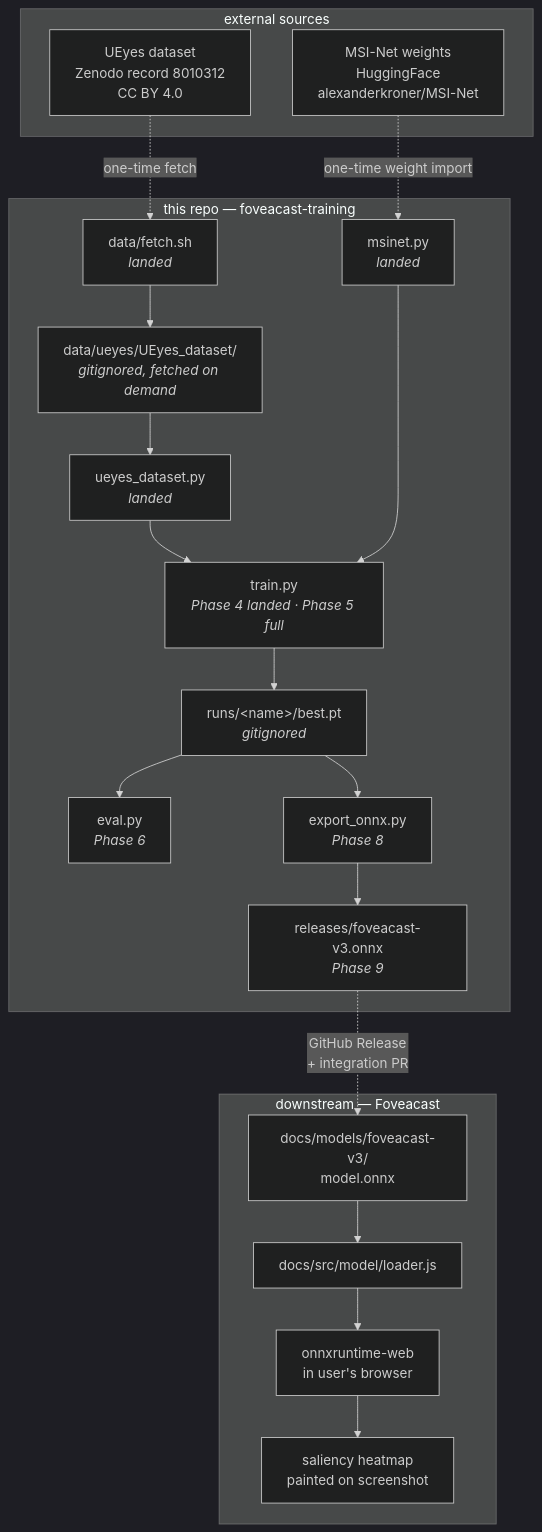
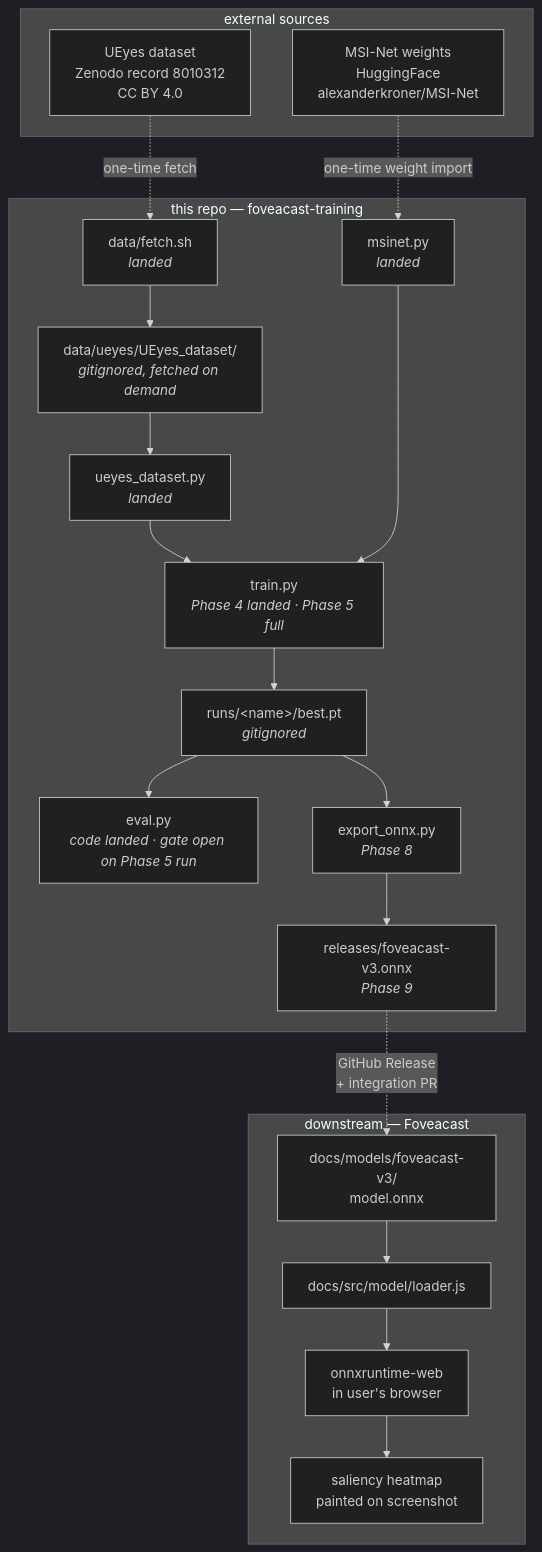
The diagram in ARCHITECTURE.md (khawkins98/foveacast-training), drawn with Mermaid (dark theme) before and after one commit. The commit also changed other lines of this file and 2 other files, not shown here.

````diff
--- a/ARCHITECTURE.md
+++ b/ARCHITECTURE.md
@@ -25,41 +25,41 @@
 ```mermaid
 flowchart TD
     subgraph external["external sources"]
         UEYES["UEyes dataset<br/>Zenodo record 8010312<br/>CC BY 4.0"]
         MSINET["MSI-Net weights<br/>HuggingFace<br/>alexanderkroner/MSI-Net"]
     end
 
     subgraph this_repo["this repo — foveacast-training"]
         FETCH["data/fetch.sh<br/><i>landed</i>"]
         DATA["data/ueyes/UEyes_dataset/<br/><i>gitignored, fetched on demand</i>"]
         LOADER["ueyes_dataset.py<br/><i>landed</i>"]
         MODEL["msinet.py<br/><i>landed</i>"]
         TRAIN["train.py<br/><i>Phase 4 landed · Phase 5 full</i>"]
         CKPT["runs/&lt;name&gt;/best.pt<br/><i>gitignored</i>"]
-        EVAL["eval.py<br/><i>Phase 6</i>"]
+        EVAL["eval.py<br/><i>code landed · gate open on Phase 5 run</i>"]
         EXPORT["export_onnx.py<br/><i>Phase 8</i>"]
         ARTEFACT["releases/foveacast-v3.onnx<br/><i>Phase 9</i>"]
     end
 
     subgraph foveacast["downstream — Foveacast"]
         ONNX_CONSUMED["docs/models/foveacast-v3/<br/>model.onnx"]
         LOADER_JS["docs/src/model/loader.js"]
         RUNTIME["onnxruntime-web<br/>in user's browser"]
         HEATMAP["saliency heatmap<br/>painted on screenshot"]
     end
 
     UEYES -.one-time fetch.-> FETCH
     FETCH --> DATA
     DATA --> LOADER
     MSINET -.one-time weight import.-> MODEL
     LOADER --> TRAIN
     MODEL --> TRAIN
     TRAIN --> CKPT
     CKPT --> EVAL
     CKPT --> EXPORT
     EXPORT --> ARTEFACT
     ARTEFACT -.GitHub Release<br/>+ integration PR.-> ONNX_CONSUMED
     ONNX_CONSUMED --> LOADER_JS
     LOADER_JS --> RUNTIME
     RUNTIME --> HEATMAP
 ```
````
